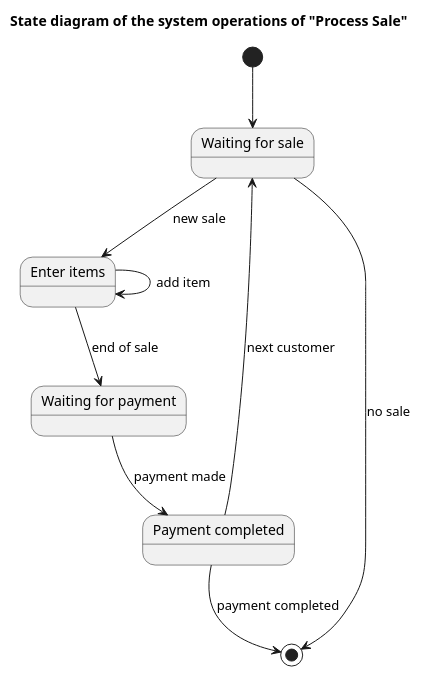
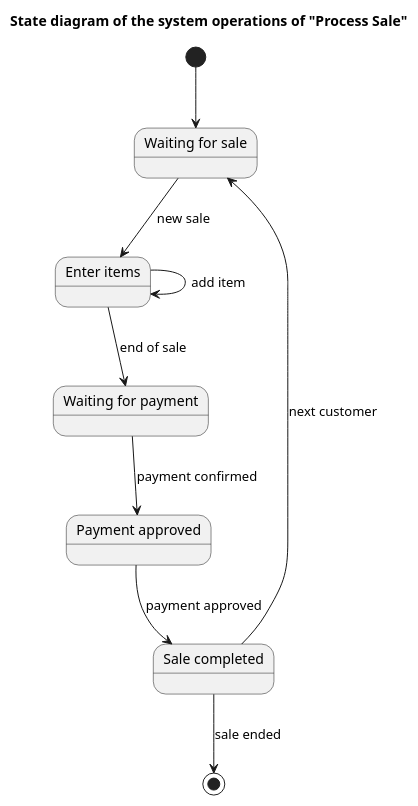
Before and after one commit to maimunafaria/State_transition_Diagram_generated_by_LLM: the diagram in results/plantuml_pipeline/runs/open_source__llama31_8b_instruct__rag_validation_generator_critic_repair/case_51_process_sale/run_01.repair_01.puml, drawn with PlantUML. The commit also changed 210 other files, not shown here.

```diff
--- a/results/plantuml_pipeline/runs/open_source__llama31_8b_instruct__rag_validation_generator_critic_repair/case_51_process_sale/run_01.repair_01.puml
+++ b/results/plantuml_pipeline/runs/open_source__llama31_8b_instruct__rag_validation_generator_critic_repair/case_51_process_sale/run_01.repair_01.puml
@@ -1,19 +1,20 @@
 @startuml
 title State diagram of the system operations of "Process Sale"
 
 [*] --> WaitingForSale
 
 state "Waiting for sale" as WaitingForSale
 state "Enter items" as EnterItems
 state "Waiting for payment" as WaitingPayment
-state "Payment completed" as PaymentCompleted
+state "Payment approved" as PaymentApproved
+state "Sale completed" as SaleCompleted
 
 WaitingForSale --> EnterItems : new sale
 EnterItems --> EnterItems : add item
 EnterItems --> WaitingPayment : end of sale
-WaitingPayment --> PaymentCompleted : payment made
-PaymentCompleted --> WaitingForSale : next customer
-PaymentCompleted --> [*] : payment completed
-WaitingForSale --> [*] : no sale
+WaitingPayment --> PaymentApproved : payment confirmed
+PaymentApproved --> SaleCompleted : payment approved
+SaleCompleted --> WaitingForSale : next customer
+SaleCompleted --> [*] : sale ended
 
 @enduml
```
